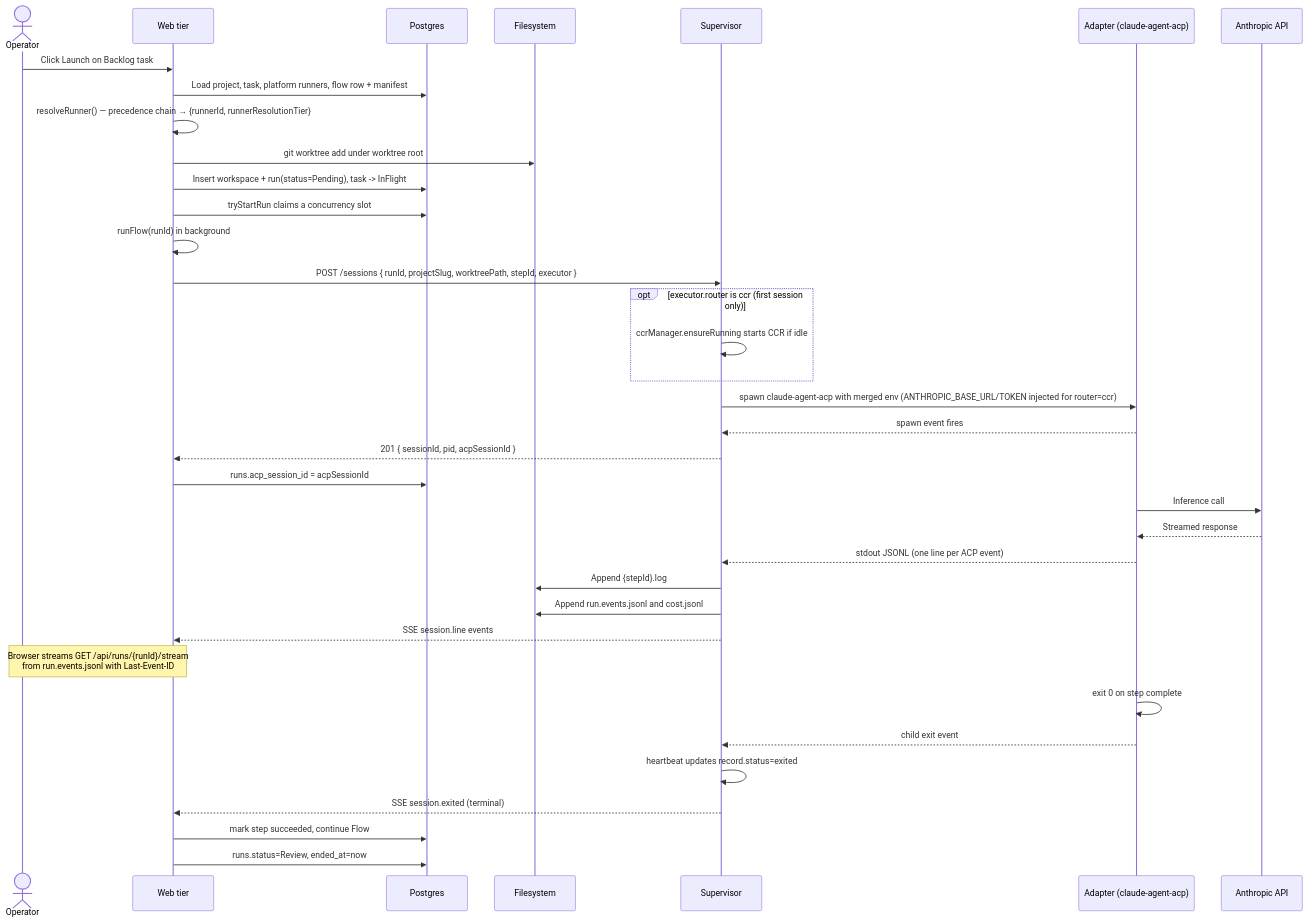
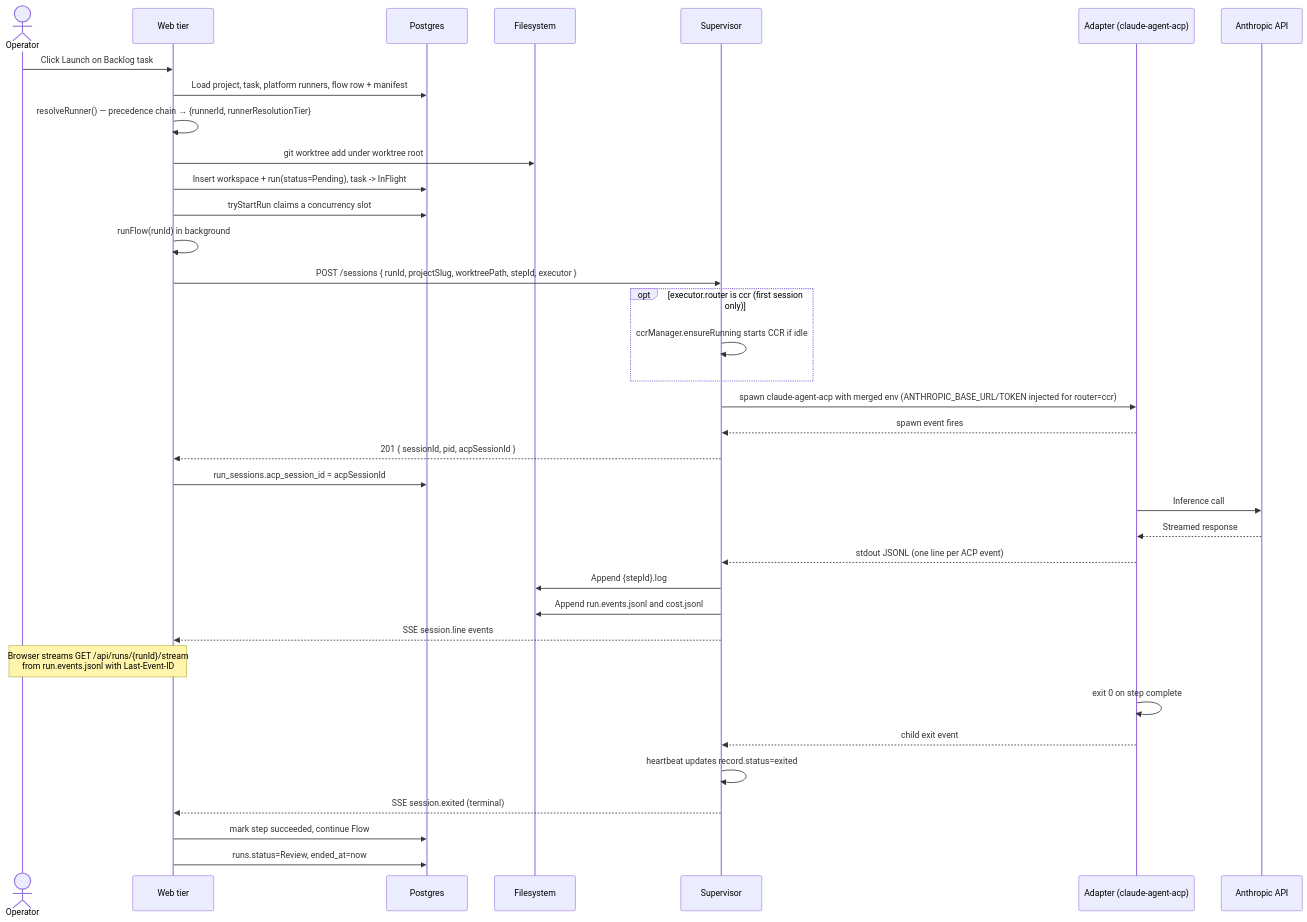
One commit to maister-dev/maister changed the fifth of 7 diagrams in docs/architecture.md. Above: the diagram before and after it, drawn with Mermaid. The commit also changed 123 other files, not shown here.

First line of the commit message:
feat(sessions): make run_sessions the sole runner source of truth (M42)

````diff
--- a/docs/architecture.md
+++ b/docs/architecture.md
@@ -314,42 +314,42 @@
 ```mermaid
 sequenceDiagram
     actor U as Operator
     participant W as Web tier
     participant DB as Postgres
     participant FS as Filesystem
     participant S as Supervisor
     participant A as Adapter (claude-agent-acp)
     participant LLM as Anthropic API
 
     U->>W: Click Launch on Backlog task
     W->>DB: Load project, task, platform runners, flow row + manifest
     W->>W: resolveRunner() — precedence chain → {runnerId, runnerResolutionTier}
     W->>FS: git worktree add under worktree root
     W->>DB: Insert workspace + run(status=Pending), task -> InFlight
     W->>DB: tryStartRun claims a concurrency slot
     W->>W: runFlow(runId) in background
     W->>S: POST /sessions { runId, projectSlug, worktreePath, stepId, executor }
     opt executor.router is ccr (first session only)
         S->>S: ccrManager.ensureRunning starts CCR if idle
     end
     S->>A: spawn claude-agent-acp with merged env (ANTHROPIC_BASE_URL/TOKEN injected for router=ccr)
     A-->>S: spawn event fires
     S-->>W: 201 { sessionId, pid, acpSessionId }
-    W->>DB: runs.acp_session_id = acpSessionId
+    W->>DB: run_sessions.acp_session_id = acpSessionId
 
     A->>LLM: Inference call
     LLM-->>A: Streamed response
     A-->>S: stdout JSONL (one line per ACP event)
     S->>FS: Append {stepId}.log
     S->>FS: Append run.events.jsonl and cost.jsonl
     S-->>W: SSE session.line events
 
     Note over U,W: Browser streams GET /api/runs/{runId}/stream<br/>from run.events.jsonl with Last-Event-ID
 
     A->>A: exit 0 on step complete
     A-->>S: child exit event
     S->>S: heartbeat updates record.status=exited
     S-->>W: SSE session.exited (terminal)
     W->>DB: mark step succeeded, continue Flow
     W->>DB: runs.status=Review, ended_at=now
 ```
````
